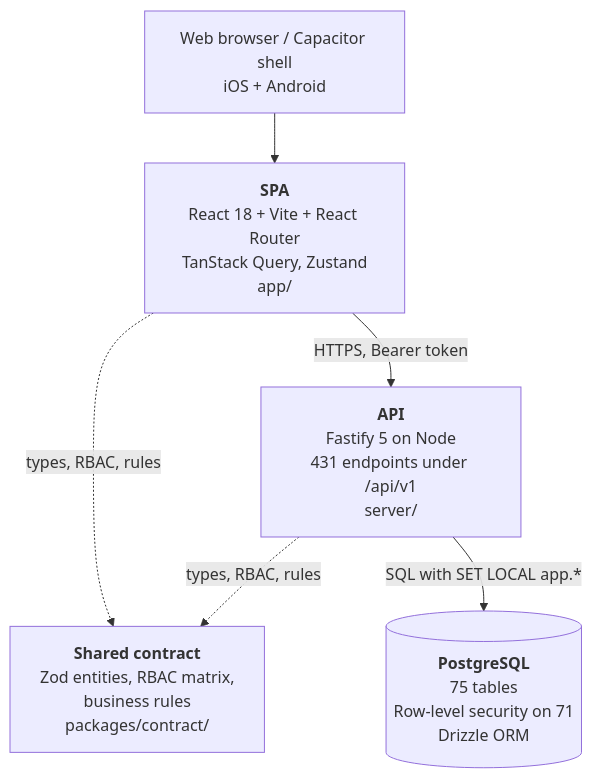
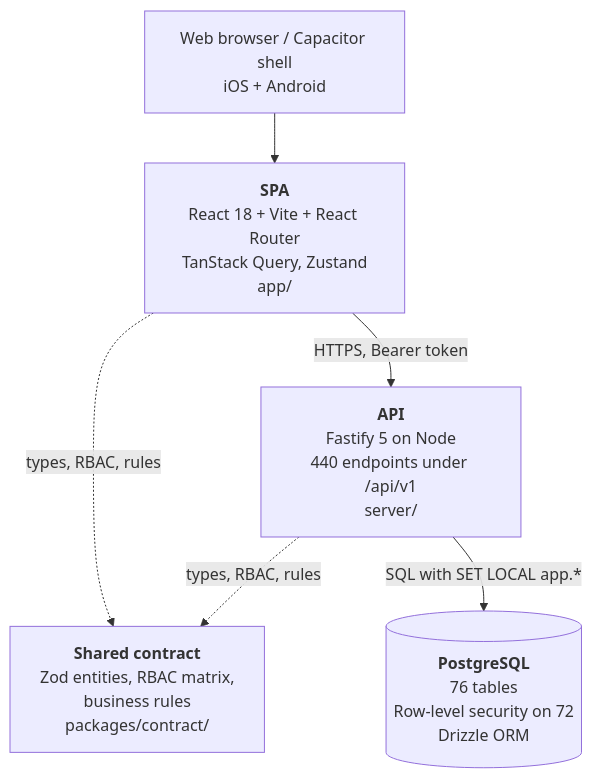
The second of 4 diagrams in docs/15_C4_ARCHITECTURE_DIAGRAMS/C4_MODEL.md (tazamohd/SlClNe), drawn with Mermaid before and after one commit. The commit also changed other lines of this file and 59 other files, not shown here.

````diff
--- a/docs/15_C4_ARCHITECTURE_DIAGRAMS/C4_MODEL.md
+++ b/docs/15_C4_ARCHITECTURE_DIAGRAMS/C4_MODEL.md
@@ -42,13 +42,13 @@
 ```mermaid
 flowchart TB
   browser["Web browser / Capacitor shell<br/>iOS + Android"]
   spa["<b>SPA</b><br/>React 18 + Vite + React Router<br/>TanStack Query, Zustand<br/>app/"]
-  api["<b>API</b><br/>Fastify 5 on Node<br/>431 endpoints under /api/v1<br/>server/"]
+  api["<b>API</b><br/>Fastify 5 on Node<br/>440 endpoints under /api/v1<br/>server/"]
   contract["<b>Shared contract</b><br/>Zod entities, RBAC matrix,<br/>business rules<br/>packages/contract/"]
-  db[("<b>PostgreSQL</b><br/>75 tables<br/>Row-level security on 71<br/>Drizzle ORM")]
+  db[("<b>PostgreSQL</b><br/>76 tables<br/>Row-level security on 72<br/>Drizzle ORM")]
   browser --> spa
   spa -->|"HTTPS, Bearer token"| api
   spa -.->|"types, RBAC, rules"| contract
   api -.->|"types, RBAC, rules"| contract
   api -->|"SQL with SET LOCAL app.*"| db
 ```
````
